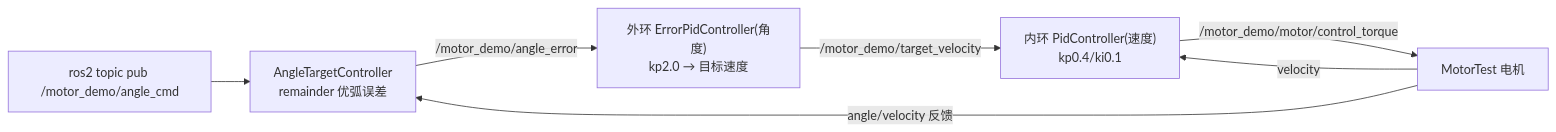
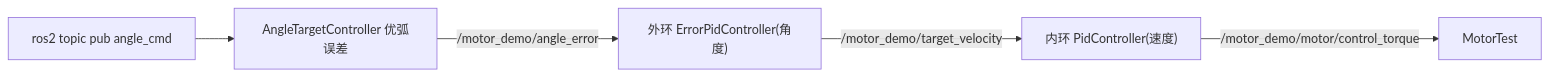
One commit to gebilaowuxiaoyu123/alliance_homework2 changed the fourth of 4 diagrams in docs/zh-cn/firing_mechanism_chain.md. Above: the diagram before and after it, drawn with Mermaid. The commit also changed other lines of this file, not shown here.

````diff
--- a/docs/zh-cn/firing_mechanism_chain.md
+++ b/docs/zh-cn/firing_mechanism_chain.md
@@ -444,9 +359,7 @@
 ```mermaid
 flowchart LR
-    PUB["ros2 topic pub /motor_demo/angle_cmd"] --> AT["AngleTargetController<br/>remainder 优弧误差"]
-    AT -->|"/motor_demo/angle_error"| OUTER["外环 ErrorPidController(角度)<br/>kp2.0 → 目标速度"]
-    OUTER -->|"/motor_demo/target_velocity"| INNER["内环 PidController(速度)<br/>kp0.4/ki0.1"]
-    INNER -->|"/motor_demo/motor/control_torque"| M["MotorTest 电机"]
-    M -->|angle/velocity 反馈| AT
-    M -->|velocity| INNER
+    PUB["ros2 topic pub angle_cmd"] --> AT["AngleTargetController 优弧误差"]
+    AT -->|"/motor_demo/angle_error"| OUTER["外环 ErrorPidController(角度)"]
+    OUTER -->|"/motor_demo/target_velocity"| INNER["内环 PidController(速度)"]
+    INNER -->|"/motor_demo/motor/control_torque"| HW["MotorTest"]
 ```
````
